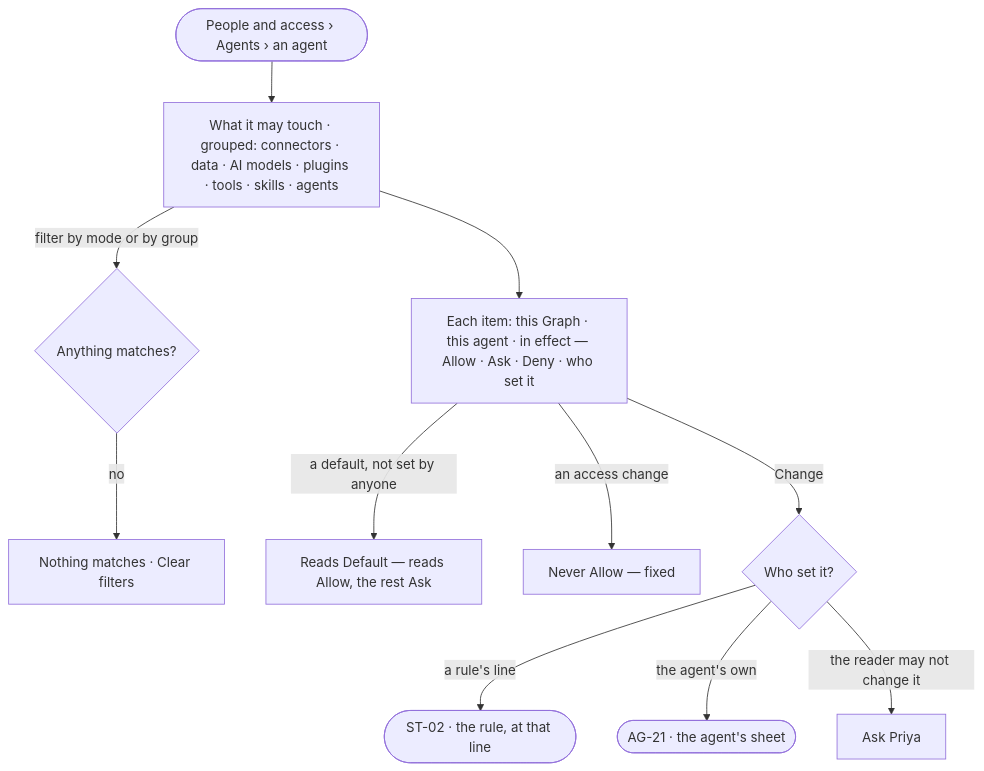
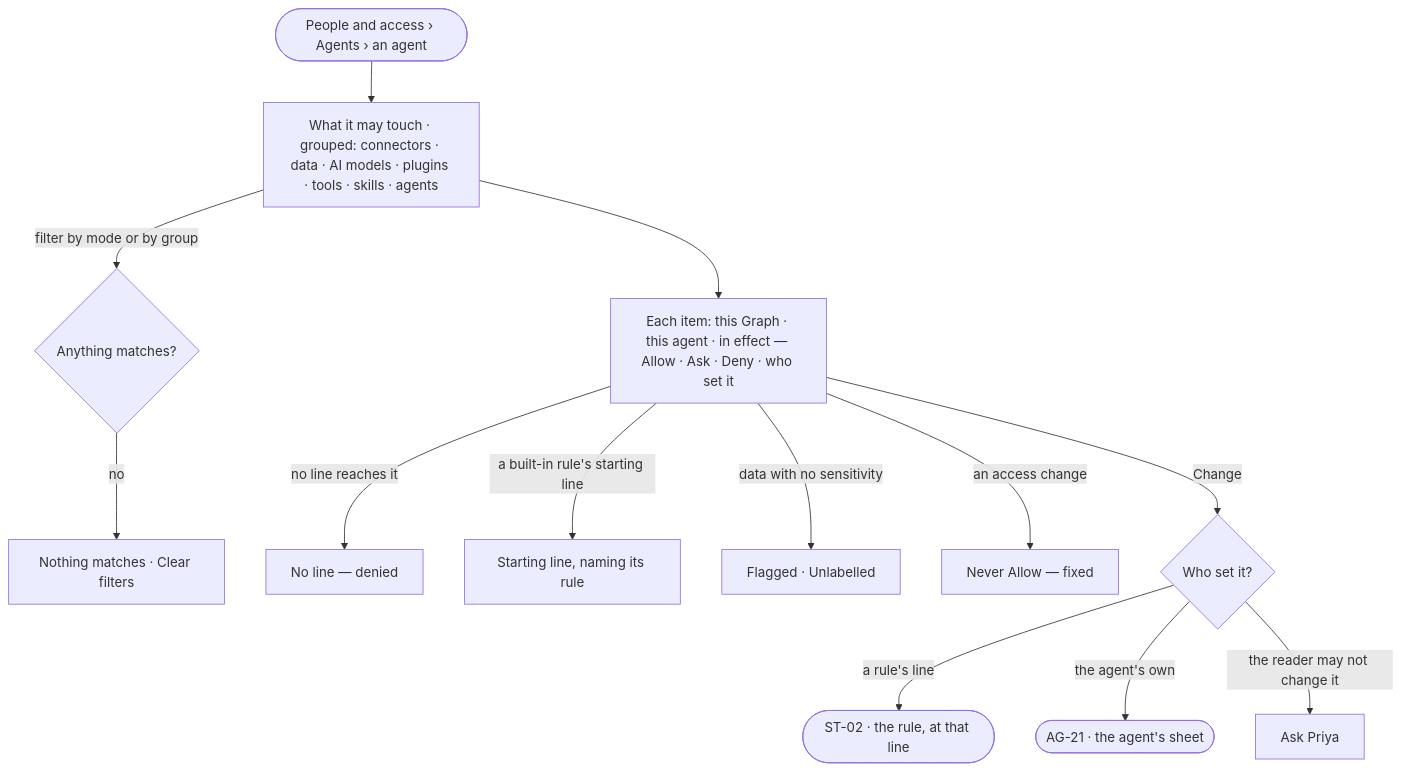
One commit to invana/invana changed the diagram in specs/products/settings/features/ST-F02-people-and-access/stories/ST-30-see-what-an-agent-may-touch/story.md. Above: the diagram before and after it, drawn with Mermaid. The commit also changed other lines of this file and 28 other files, not shown here.

First line of the commit message:
docs: one access model — Deny · Ask · Allow for people, agents and keys

````diff
--- a/specs/products/settings/features/ST-F02-people-and-access/stories/ST-30-see-what-an-agent-may-touch/story.md
+++ b/specs/products/settings/features/ST-F02-people-and-access/stories/ST-30-see-what-an-agent-may-touch/story.md
@@ -27,13 +27,15 @@
 ```mermaid
 flowchart TD
   t([People and access › Agents › an agent]) --> w["What it may touch · grouped: connectors · data · AI models · plugins · tools · skills · agents"]
   w --> row["Each item: this Graph · this agent · in effect — Allow · Ask · Deny · who set it"]
   w -->|filter by mode or by group| f{"Anything matches?"}
   f -->|no| nm["Nothing matches · Clear filters"]
-  row -->|a default, not set by anyone| df["Reads Default — reads Allow, the rest Ask"]
+  row -->|no line reaches it| df["No line — denied"]
+  row -->|a built-in rule's starting line| sl["Starting line, naming its rule"]
+  row -->|data with no sensitivity| ul["Flagged · Unlabelled"]
   row -->|an access change| ac["Never Allow — fixed"]
   row -->|Change| ch{"Who set it?"}
   ch -->|a rule's line| ln(["ST-02 · the rule, at that line"])
   ch -->|the agent's own| sh(["AG-21 · the agent's sheet"])
   ch -->|the reader may not change it| ask["Ask Priya"]
 ```
````
